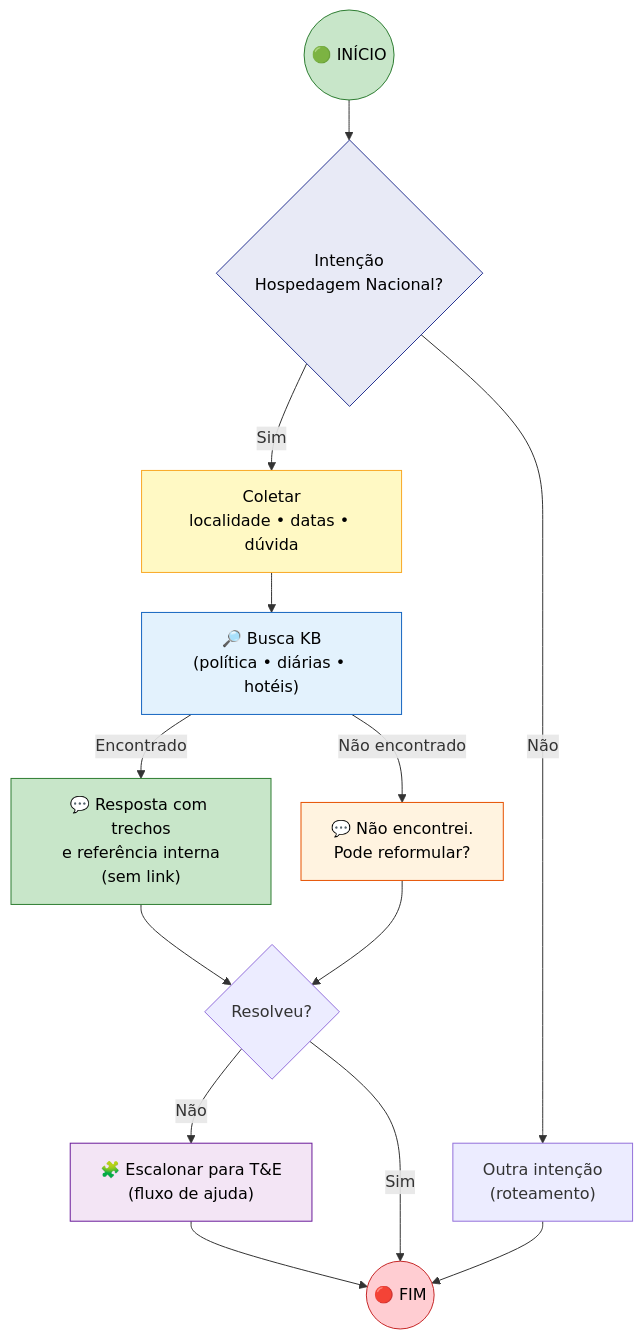
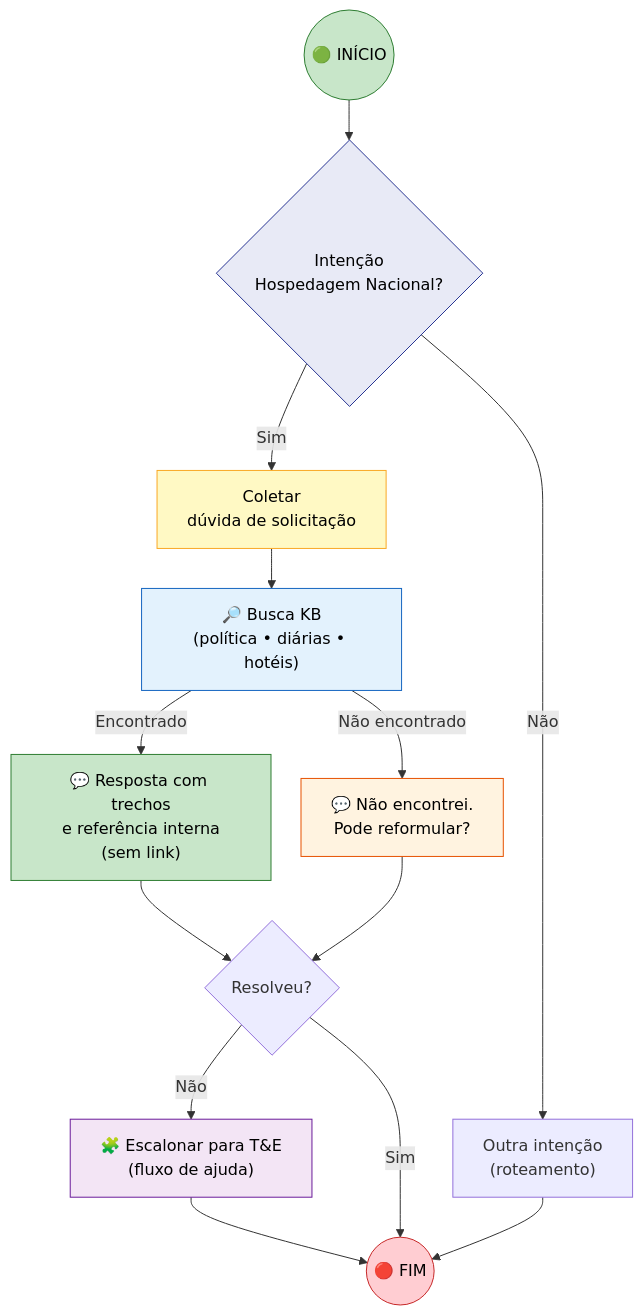
Before and after one commit to gabrielnog2/T-E_AIagent: the first of 3 diagrams in documentacao/modelo-4-design-fluxo-conversacional.md, drawn with Mermaid. The commit also changed other lines of this file, not shown here.

````diff
--- a/documentacao/modelo-4-design-fluxo-conversacional.md
+++ b/documentacao/modelo-4-design-fluxo-conversacional.md
@@ -71,27 +71,27 @@
 ```mermaid
 %%{init: {"flowchart": {"useMaxWidth": false, "htmlLabels": true, "nodeSpacing": 30, "rankSpacing": 40}}}%%
 flowchart TD
     START_NODE(("🟢 INÍCIO"))
     START_NODE --> NLU{"Intenção<br/>Hospedagem Nacional?"}
-    NLU -- "Sim" --> SLOTS["Coletar<br/>localidade • datas • dúvida"]
+    NLU -- "Sim" --> SLOTS["Coletar<br/>dúvida de solicitação"]
     NLU -- "Não" --> ROUTE["Outra intenção<br/>(roteamento)"]
     SLOTS --> SEARCH["🔎 Busca KB<br/>(política • diárias • hotéis)"]
     SEARCH -->|Encontrado| RESP["💬 Resposta com trechos<br/>e referência interna<br/>(sem link)"]
     SEARCH -->|"Não encontrado"| F1["💬 Não encontrei.<br/>Pode reformular?"]
     RESP --> CONF{"Resolveu?"}
     F1 --> CONF
     CONF -- "Não" --> ESC["🧩 Escalonar para T&E<br/>(fluxo de ajuda)"]
     CONF -- "Sim" --> END_NODE(("🔴 FIM"))
     ROUTE --> END_NODE
     ESC --> END_NODE
 
     %% Estilos por nó
     style START_NODE fill:#C8E6C9,stroke:#2E7D32,color:#000
     style END_NODE fill:#FFCDD2,stroke:#C62828,color:#000
     style NLU fill:#E8EAF6,stroke:#283593,color:#000
     style SLOTS fill:#FFF9C4,stroke:#F9A825,color:#000
     style SEARCH fill:#E3F2FD,stroke:#1565C0,color:#000
     style RESP fill:#C8E6C9,stroke:#2E7D32,color:#000
     style F1 fill:#FFF3E0,stroke:#E65100,color:#000
     style ESC fill:#F3E5F5,stroke:#6A1B9A,color:#000
 ```
````
